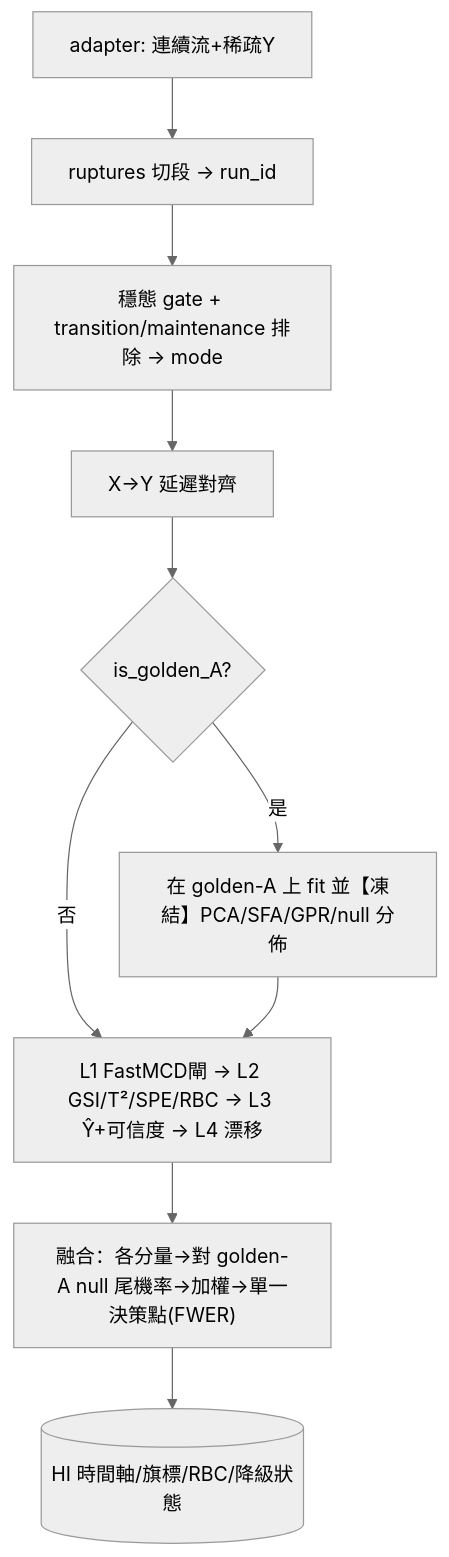
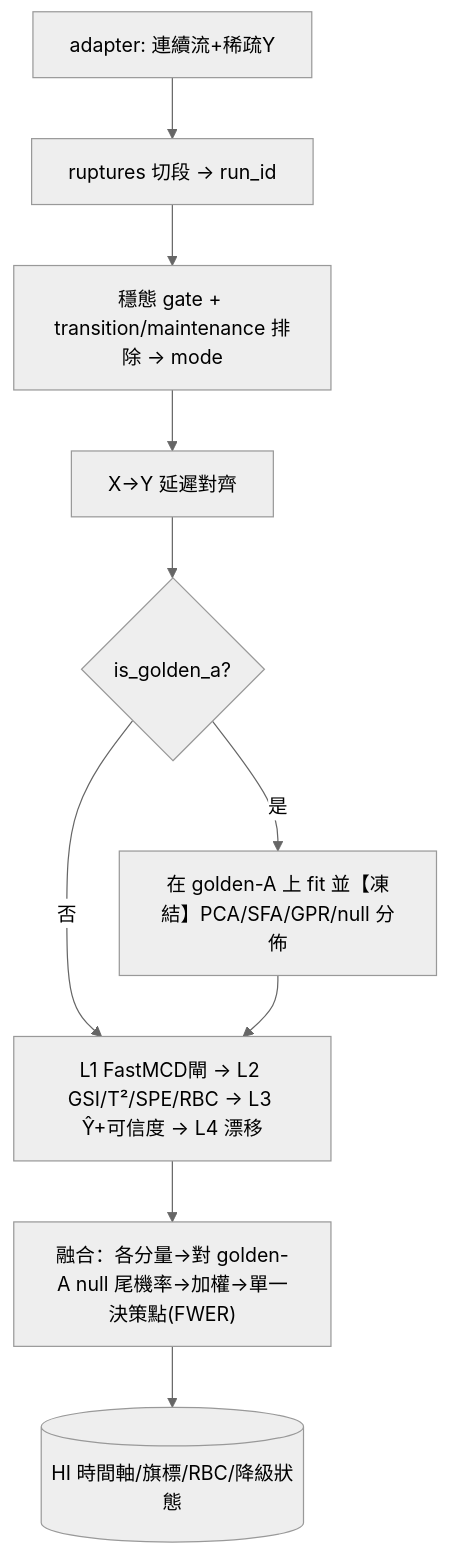
Before and after one commit to jerry88277/Health_Index: the second of 2 diagrams in docs/functional_design.md, drawn with Mermaid (neutral theme). The commit also changed other lines of this file and 6 other files, not shown here.

````diff
--- a/docs/functional_design.md
+++ b/docs/functional_design.md
@@ -54,12 +54,12 @@
 ```mermaid
 flowchart TD
     A[adapter: 連續流+稀疏Y] --> B[ruptures 切段 → run_id]
     B --> C[穩態 gate + transition/maintenance 排除 → mode]
     C --> D[X→Y 延遲對齊]
-    D --> E{is_golden_A?}
+    D --> E{is_golden_a?}
     E -->|是| F["在 golden-A 上 fit 並【凍結】PCA/SFA/GPR/null 分佈"]
     E -->|否| G[L1 FastMCD閘 → L2 GSI/T²/SPE/RBC → L3 Ŷ+可信度 → L4 漂移]
     F --> G
     G --> H["融合：各分量→對 golden-A null 尾機率→加權→單一決策點(FWER)"]
     H --> I[(HI 時間軸/旗標/RBC/降級狀態)]
 ```
````
